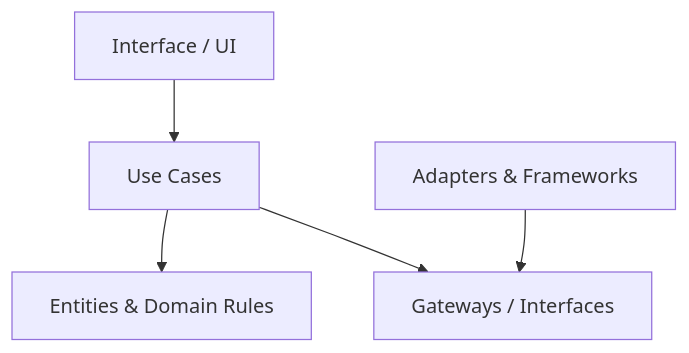
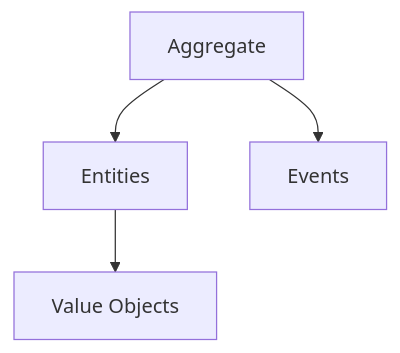
One commit to forging-blocks-org/forging-blocks changed the second of 3 diagrams in docs/architectural-styles/clean-architecture.md. Above: the diagram before and after it, drawn with Mermaid. The commit also changed other lines of this file and 28 other files, not shown here.

````diff
--- a/docs/architectural-styles/clean-architecture.md
+++ b/docs/architectural-styles/clean-architecture.md
@@ -15,7 +26,6 @@
 ```mermaid
-flowchart TD
-    UI[Interface / UI] --> UC[Use Cases]
-    UC --> ENT[Entities & Domain Rules]
-    UC --> GW[Gateways / Interfaces]
-    ADP[Adapters & Frameworks] --> GW
+flowchart TB
+    Aggregate[Aggregate] --> Entity[Entities]
+    Entity --> ValueObject[Value Objects]
+    Aggregate --> Event[Events]
 ```
````
